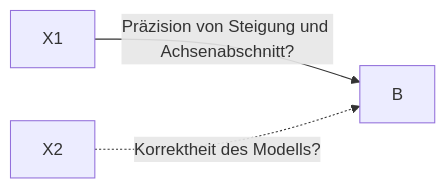
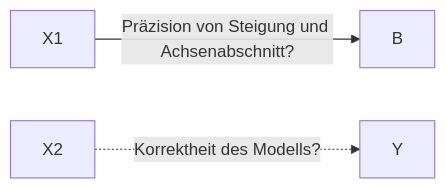
Before and after one commit to sebastiansauer/start-bayes: the third of 3 diagrams in 0200-Inferenz.qmd, drawn with Mermaid. The commit also changed other lines of this file, not shown here.

````diff
--- a/0200-Inferenz.qmd
+++ b/0200-Inferenz.qmd
@@ -683,8 +680,8 @@
 ```{mermaid}
 %%| label: fig-zwei-arten
 %%| fig-cap: Zwei Arten der Ungewissheit beim Modellieren
 flowchart LR
 X1 -->|Präzision von Steigung und Achsenabschnitt?|B
-X2 -. Korrektheit des Modells? .-> B
+X2 -. Korrektheit des Modells? .-> Y
 
 ```
````
